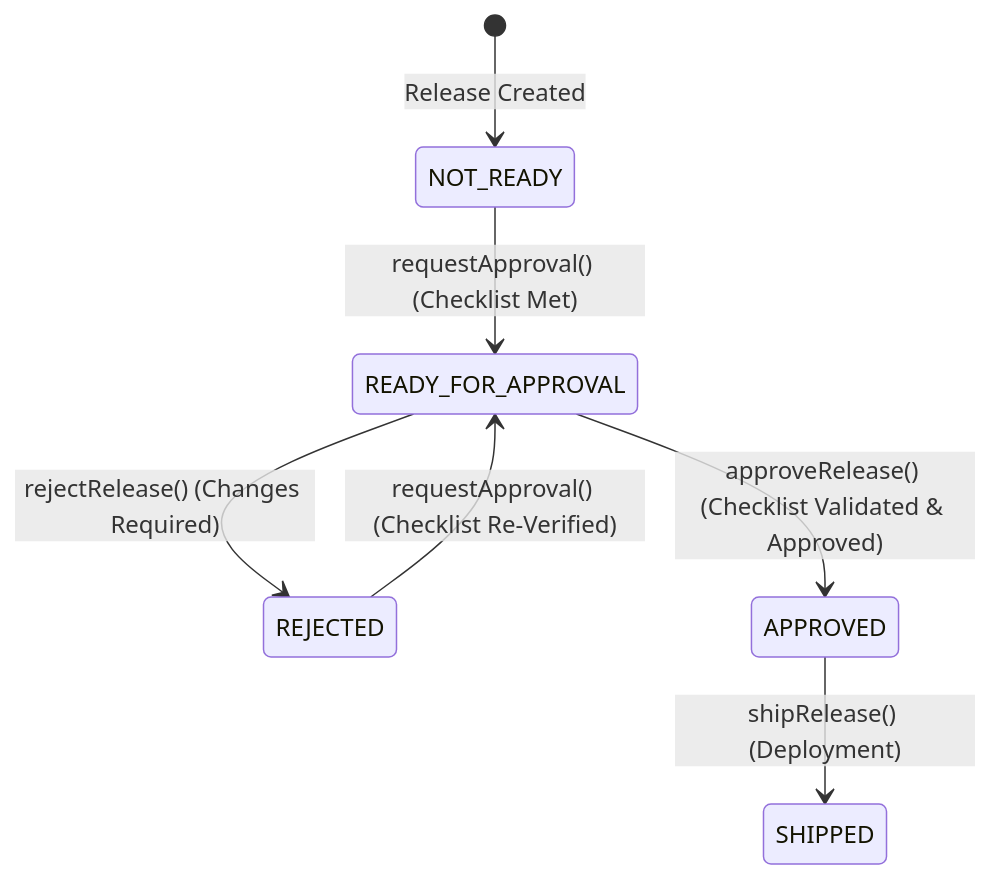
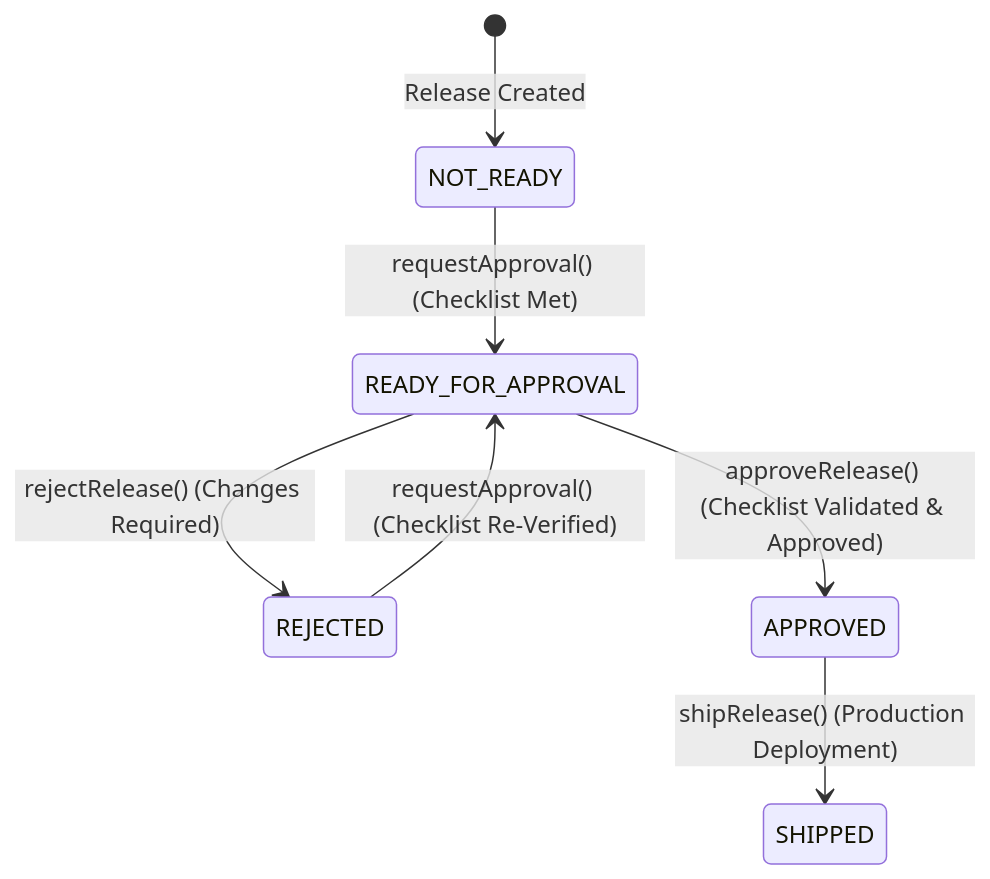
One commit to Satya7250/Launchly changed the sixth of 6 diagrams in docs/architecture.md. Above: the diagram before and after it, drawn with Mermaid. The commit also changed other lines of this file and 15 other files, not shown here.

First line of the commit message:
feat(ship): implement complete ship workflow with database schema, service layer, and UI

````diff
--- a/docs/architecture.md
+++ b/docs/architecture.md
@@ -222,9 +228,9 @@
 ```mermaid
 stateDiagram-v2
     [*] --> NOT_READY : Release Created
     NOT_READY --> READY_FOR_APPROVAL : requestApproval() (Checklist Met)
     REJECTED --> READY_FOR_APPROVAL : requestApproval() (Checklist Re-Verified)
     READY_FOR_APPROVAL --> APPROVED : approveRelease() (Checklist Validated & Approved)
     READY_FOR_APPROVAL --> REJECTED : rejectRelease() (Changes Required)
-    APPROVED --> SHIPPED : shipRelease() (Deployment)
+    APPROVED --> SHIPPED : shipRelease() (Production Deployment)
 ```
````
